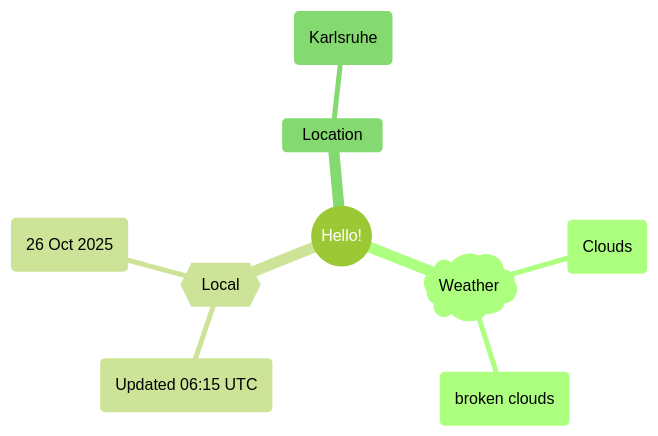
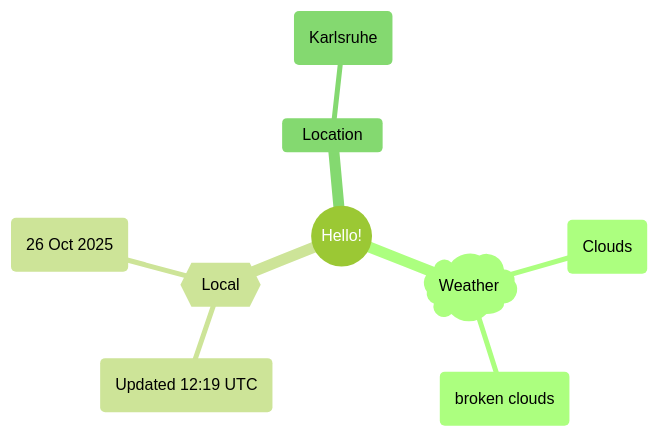
One commit to Xosrov/Xosrov changed the first of 2 diagrams in README.md. Above: the diagram before and after it, drawn with Mermaid (forest theme).

Commit message:
[bot] updated images

````diff
--- a/README.md
+++ b/README.md
@@ -3,12 +3,12 @@
 ```mermaid
 mindmap
   root((Hello!))
     )Weather(
         (Clouds)
         (broken clouds)
     {{Local}}
-        (Updated 06:15 UTC)
+        (Updated 12:19 UTC)
         (26 Oct 2025)
     Location
         (Karlsruhe)
 ```
````
